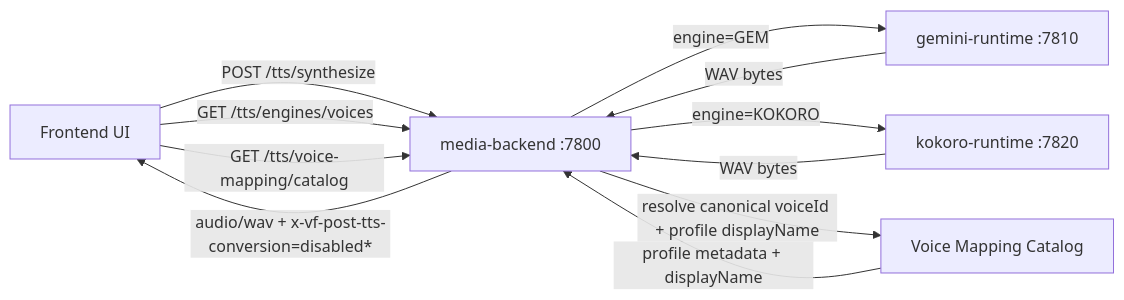
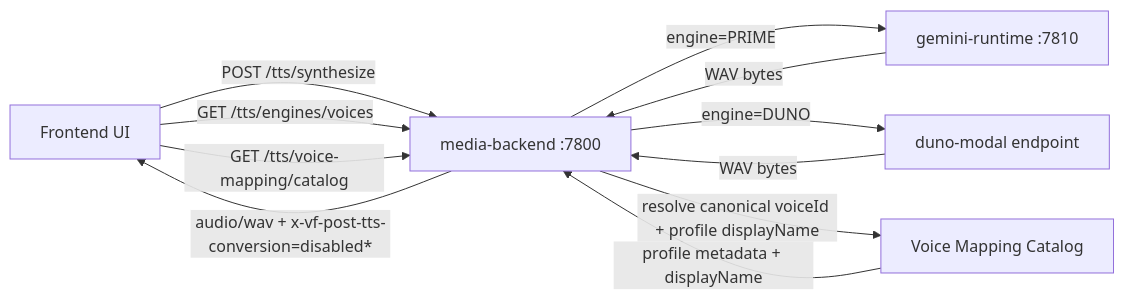
Before and after one commit to rease00/VOICE-FLOW-2.0: the first of 3 diagrams in docs/TTS_LLVC_MULTISPEAKER_FLOW.md, drawn with Mermaid. The commit also changed other lines of this file and 458 other files, not shown here.

````diff
--- a/docs/TTS_LLVC_MULTISPEAKER_FLOW.md
+++ b/docs/TTS_LLVC_MULTISPEAKER_FLOW.md
@@ -5,17 +5,17 @@
 ```mermaid
 flowchart LR
     FE["Frontend UI"] -->|POST /tts/synthesize| MB["media-backend :7800"]
     FE -->|GET /tts/engines/voices| MB
     FE -->|GET /tts/voice-mapping/catalog| MB
 
-    MB -->|"engine=GEM"| GEM["gemini-runtime :7810"]
-    MB -->|"engine=KOKORO"| KOK["kokoro-runtime :7820"]
+    MB -->|"engine=PRIME"| PRIME["gemini-runtime :7810"]
+    MB -->|"engine=DUNO"| KOK["duno-modal endpoint"]
 
-    GEM -->|"WAV bytes"| MB
+    PRIME -->|"WAV bytes"| MB
     KOK -->|"WAV bytes"| MB
 
     MB -->|"resolve canonical voiceId + profile displayName"| MAP["Voice Mapping Catalog"]
     MAP -->|"profile metadata + displayName"| MB
 
     MB -->|"audio/wav + x-vf-post-tts-conversion=disabled* "| FE
 ```
````
